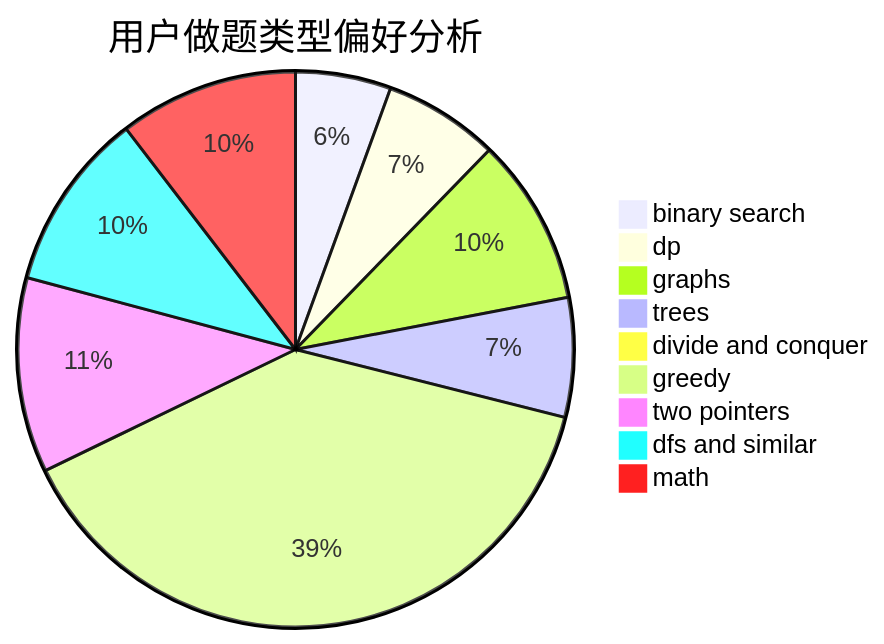
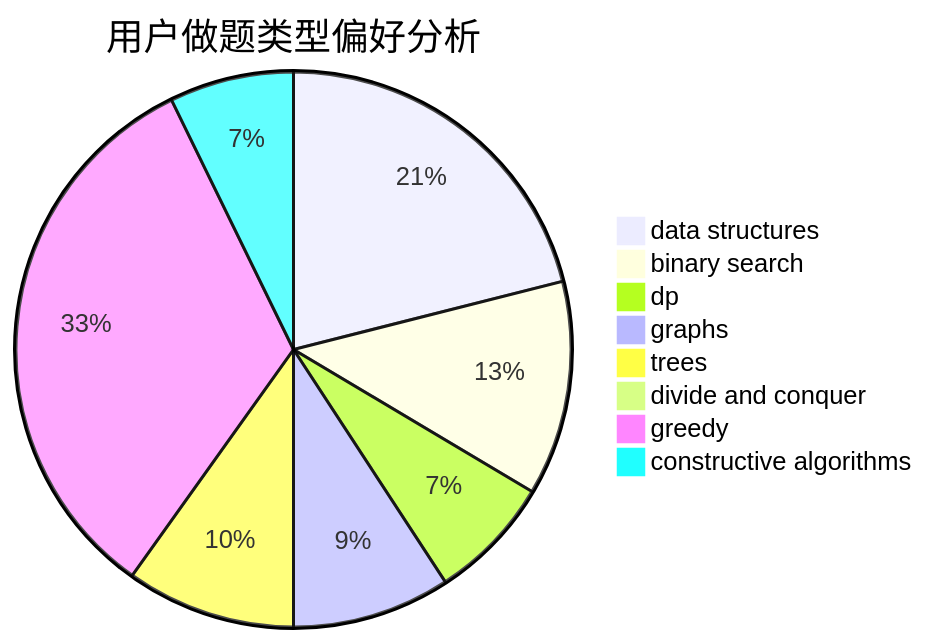
One commit to sherpahu/cfrs.github.io changed the second of 3 diagrams in docs/user/u1443.md. Above: the diagram before and after it, drawn with Mermaid. The commit also changed other lines of this file and 2775 other files, not shown here.

````diff
--- a/docs/user/u1443.md
+++ b/docs/user/u1443.md
@@ -23,12 +23,11 @@
 ```mermaid
 pie title 用户做题类型偏好分析
-    "binary search" :  24
-    "dp" :  29
-    "graphs" :  42
-    "trees" :  30
+    "data structures" :  32
+    "binary search" :  19
+    "dp" :  11
+    "graphs" :  14
+    "trees" :  15
     "divide and conquer" :  0
-    "greedy" :  168
-    "two pointers" :  49
-    "dfs and similar" :  45
-    "math" :  45
+    "greedy" :  50
+    "constructive algorithms" :  11
 ```
````
